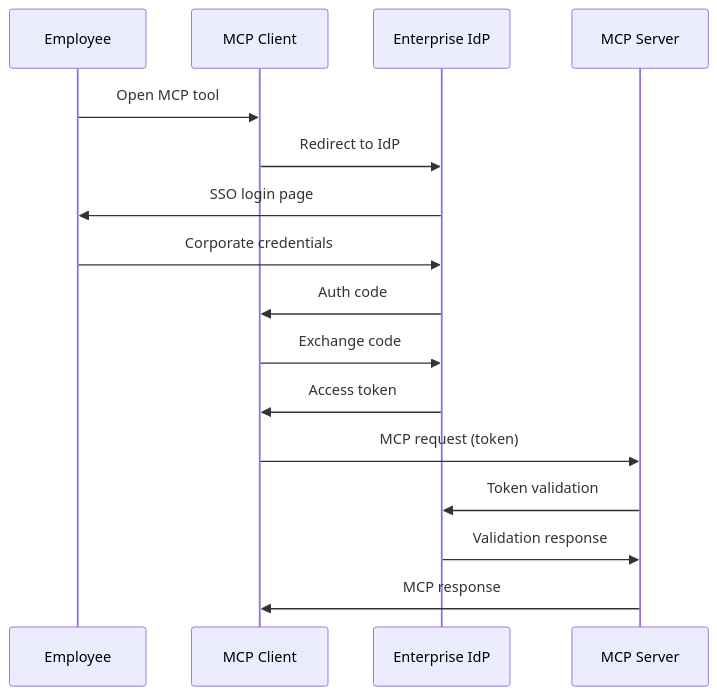
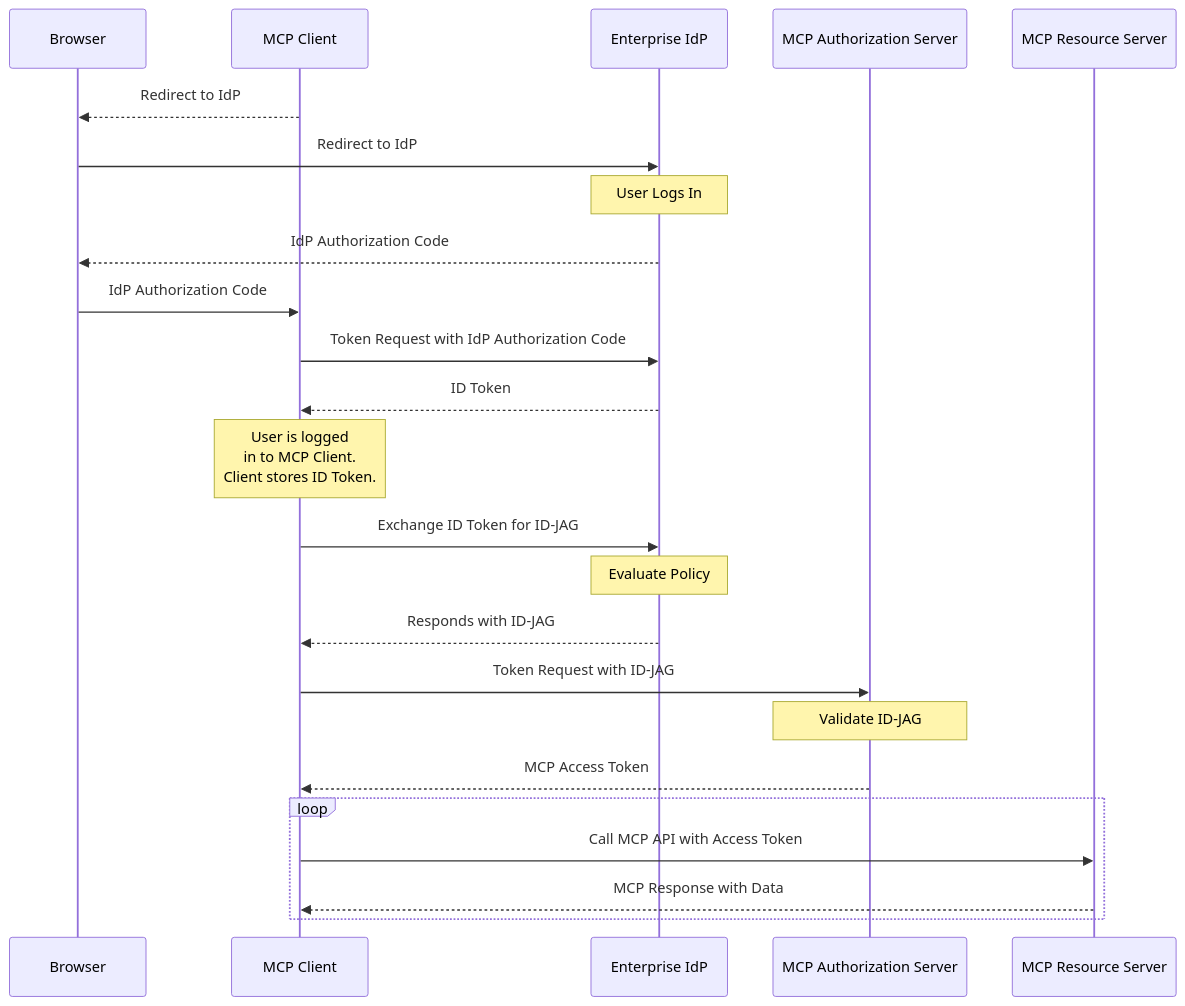
Before and after one commit to modelcontextprotocol/modelcontextprotocol: the diagram in docs/extensions/auth/enterprise-managed-authorization.mdx, drawn with Mermaid. The commit also changed other lines of this file, not shown here.

Commit message:
fix: Clarify ID-JAG role in Enterprise Managed Authorization

````diff
--- a/docs/extensions/auth/enterprise-managed-authorization.mdx
+++ b/docs/extensions/auth/enterprise-managed-authorization.mdx
@@ -44,22 +44,31 @@
 ```mermaid
 sequenceDiagram
-    participant Employee
-    participant MCP Client
-    participant Enterprise IdP
-    participant MCP Server
+    participant UA as Browser
+    participant C as MCP Client
+    participant IdP as Enterprise IdP
+    participant MAS as MCP Authorization Server
+    participant MRS as MCP Resource Server
 
-    Employee->>MCP Client: Open MCP tool
-    MCP Client->>Enterprise IdP: Redirect to IdP
-    Enterprise IdP->>Employee: SSO login page
-    Employee->>Enterprise IdP: Corporate credentials
-    Enterprise IdP->>MCP Client: Auth code
-    MCP Client->>Enterprise IdP: Exchange code
-    Enterprise IdP->>MCP Client: Access token
+    C-->>UA: Redirect to IdP
+    UA->>IdP: Redirect to IdP
+    Note over IdP: User Logs In
+    IdP-->>UA: IdP Authorization Code
+    UA->>C: IdP Authorization Code
+    C->>IdP: Token Request with IdP Authorization Code
+    IdP-->>C: ID Token
 
-    MCP Client->>MCP Server: MCP request (token)
+    note over C: User is logged<br/>in to MCP Client.<br/>Client stores ID Token.
 
-    MCP Server->>Enterprise IdP: Token validation
-    Enterprise IdP->>MCP Server: Validation response
+    C->>IdP: Exchange ID Token for ID-JAG
+    note over IdP: Evaluate Policy
+    IdP-->>C: Responds with ID-JAG
+    C->>MAS: Token Request with ID-JAG
+    note over MAS: Validate ID-JAG
+    MAS-->>C: MCP Access Token
 
-    MCP Server->>MCP Client: MCP response
+    loop
+    C->>MRS: Call MCP API with Access Token
+    MRS-->>C: MCP Response with Data
+    end
+
 ```
````
